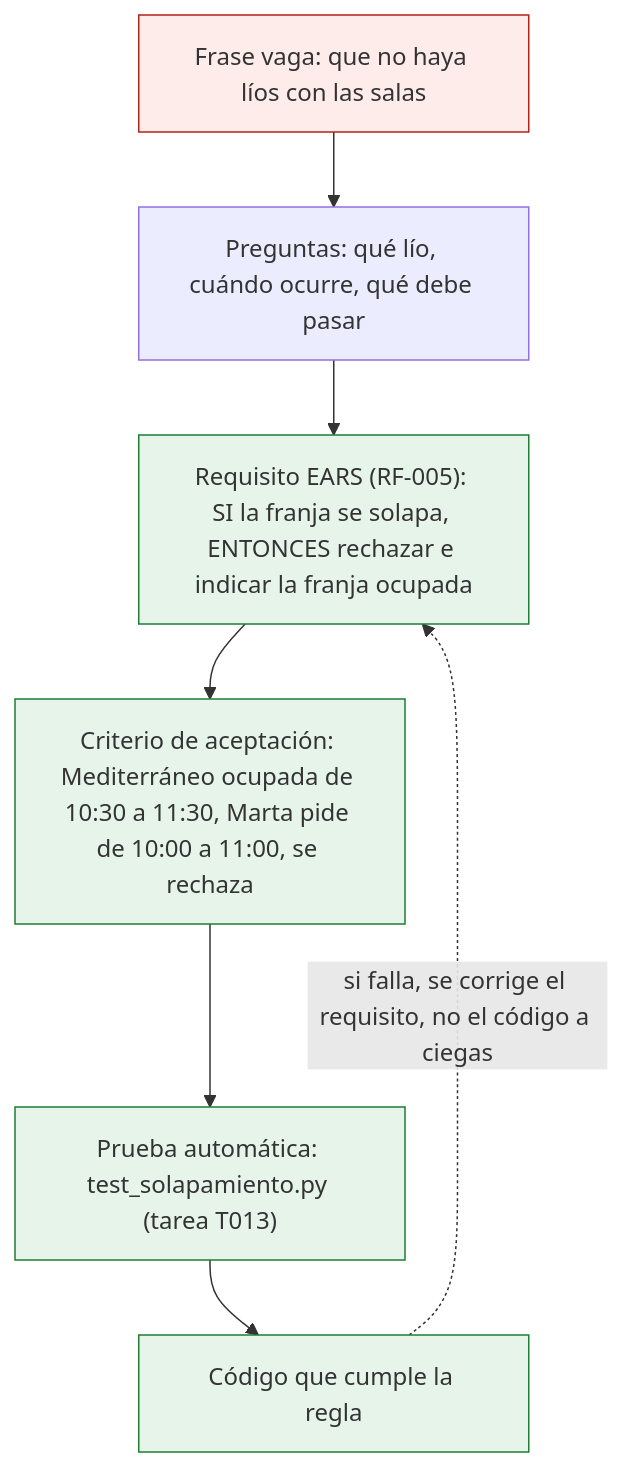
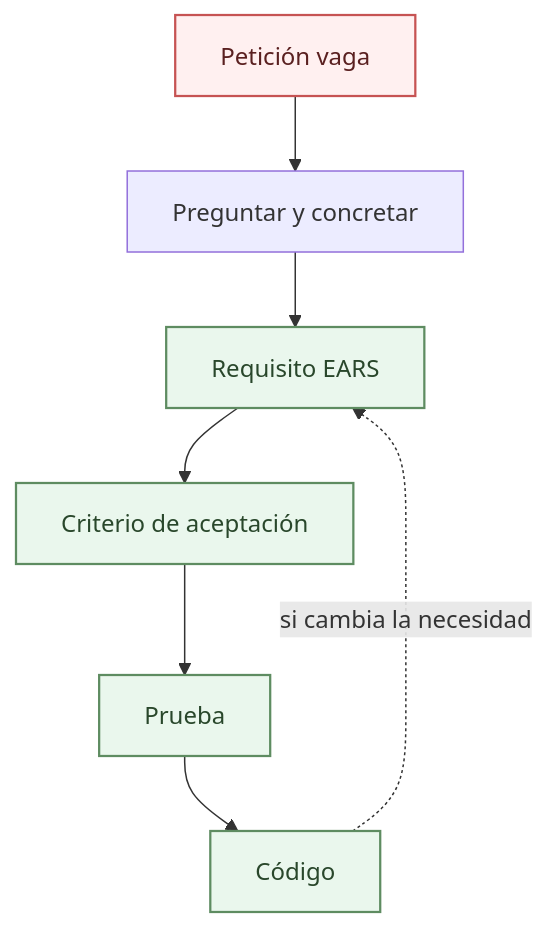
Before and after one commit to antroc/charla-sdd: the diagram in docs/05-escribir-requisitos-claros-ears.md, drawn with Mermaid. The commit also changed 3 other files, not shown here.

Commit message:
Simplificar los diagramas principales de la documentacion

````diff
--- a/docs/05-escribir-requisitos-claros-ears.md
+++ b/docs/05-escribir-requisitos-claros-ears.md
@@ -66,15 +66,15 @@
 ```mermaid
-flowchart TD
-  V["Frase vaga: que no haya líos con las salas"]
-  Q["Preguntas: qué lío, cuándo ocurre, qué debe pasar"]
-  R["Requisito EARS (RF-005): SI la franja se solapa, ENTONCES rechazar e indicar la franja ocupada"]
-  C["Criterio de aceptación: Mediterráneo ocupada de 10:30 a 11:30, Marta pide de 10:00 a 11:00, se rechaza"]
-  T["Prueba automática: test_solapamiento.py (tarea T013)"]
-  K["Código que cumple la regla"]
-  V --> Q --> R --> C --> T --> K
-  K -.->|"si falla, se corrige el requisito, no el código a ciegas"| R
-  classDef vago fill:#FDECEA,stroke:#B42318;
-  classDef claro fill:#E6F4EA,stroke:#1E7E34;
-  class V vago;
-  class R,C,T,K claro;
+flowchart TB
+  V["Petición vaga"] --> Q["Preguntar y concretar"]
+  Q --> R["Requisito EARS"]
+  R --> C["Criterio de aceptación"]
+  C --> T["Prueba"]
+  T --> K["Código"]
+
+  K -.->|"si cambia la necesidad"| R
+
+  classDef weak fill:#FFF0F0,stroke:#C65353,stroke-width:1.5px,color:#5A2020;
+  classDef clear fill:#EAF7ED,stroke:#5E8C61,stroke-width:1.5px,color:#29472B;
+  class V weak;
+  class R,C,T,K clear;
 ```
````
